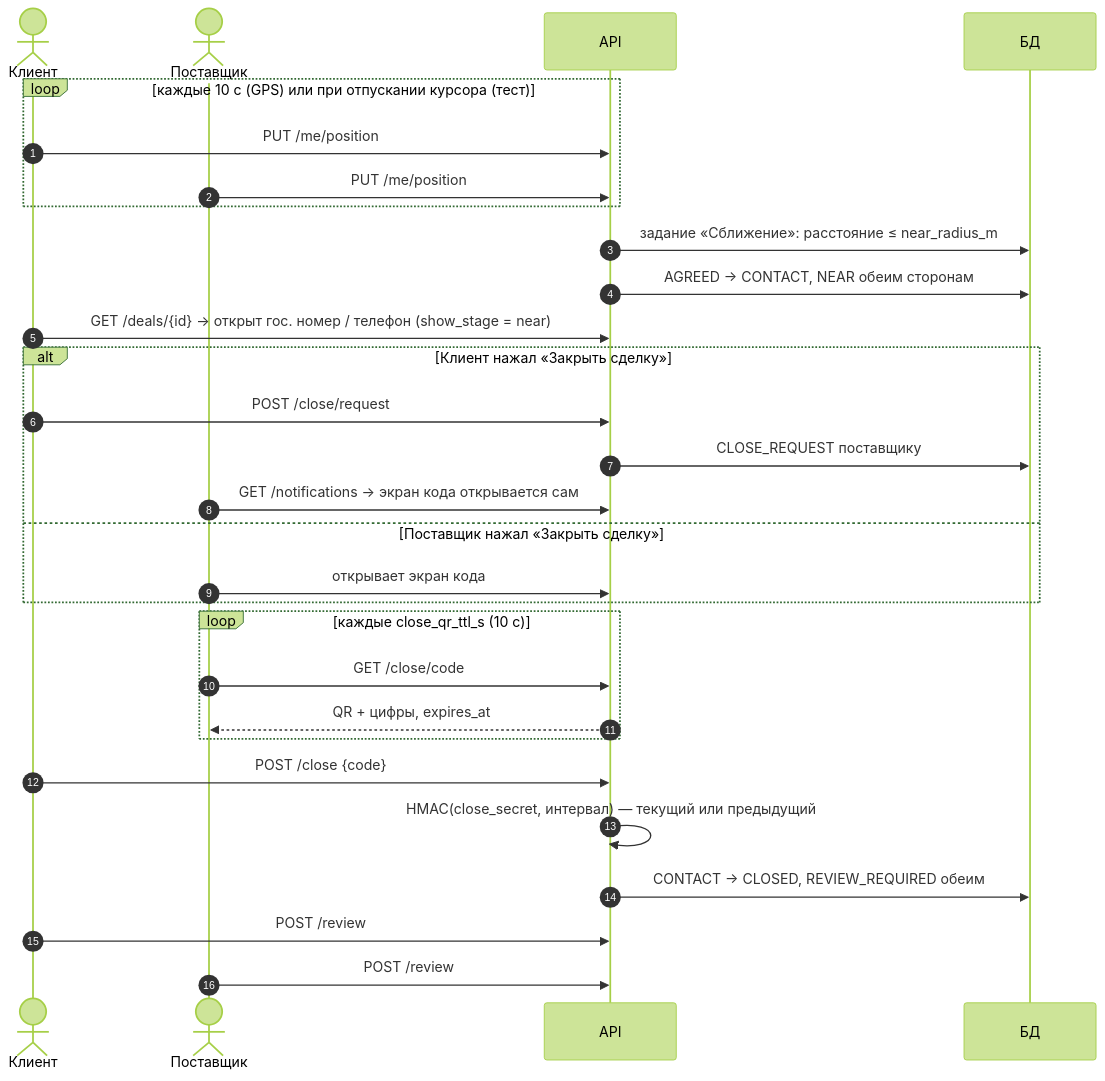
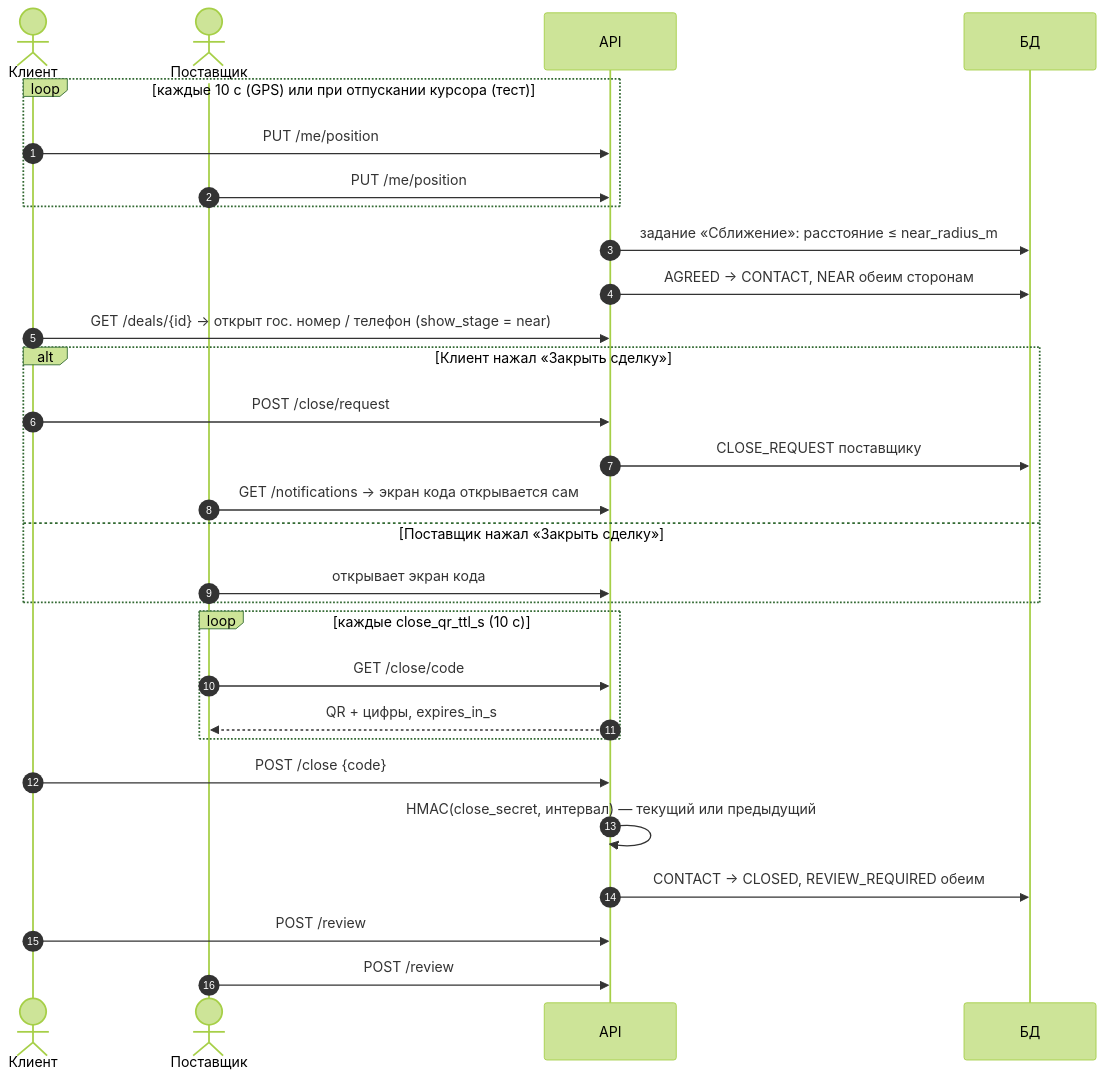
The seventh of 12 diagrams in project_osm_map/docs/v0.7/04_product_architecture.md (mpavel-9999/mp_-), drawn with Mermaid (forest theme) before and after one commit. The commit also changed 9 other files, not shown here.

````diff
--- a/project_osm_map/docs/v0.7/04_product_architecture.md
+++ b/project_osm_map/docs/v0.7/04_product_architecture.md
@@ -189,31 +189,31 @@
 ```mermaid
 sequenceDiagram
     autonumber
     actor C as Клиент
     actor P as Поставщик
     participant A as API
     participant D as БД
     loop каждые 10 с (GPS) или при отпускании курсора (тест)
         C->>A: PUT /me/position
         P->>A: PUT /me/position
     end
     A->>D: задание «Сближение»: расстояние ≤ near_radius_m
     A->>D: AGREED → CONTACT, NEAR обеим сторонам
     C->>A: GET /deals/{id} → открыт гос. номер / телефон (show_stage = near)
     alt Клиент нажал «Закрыть сделку»
         C->>A: POST /close/request
         A->>D: CLOSE_REQUEST поставщику
         P->>A: GET /notifications → экран кода открывается сам
     else Поставщик нажал «Закрыть сделку»
         P->>A: открывает экран кода
     end
     loop каждые close_qr_ttl_s (10 с)
         P->>A: GET /close/code
-        A-->>P: QR + цифры, expires_at
+        A-->>P: QR + цифры, expires_in_s
     end
     C->>A: POST /close {code}
     A->>A: HMAC(close_secret, интервал) — текущий или предыдущий
     A->>D: CONTACT → CLOSED, REVIEW_REQUIRED обеим
     C->>A: POST /review
     P->>A: POST /review
 ```
````
